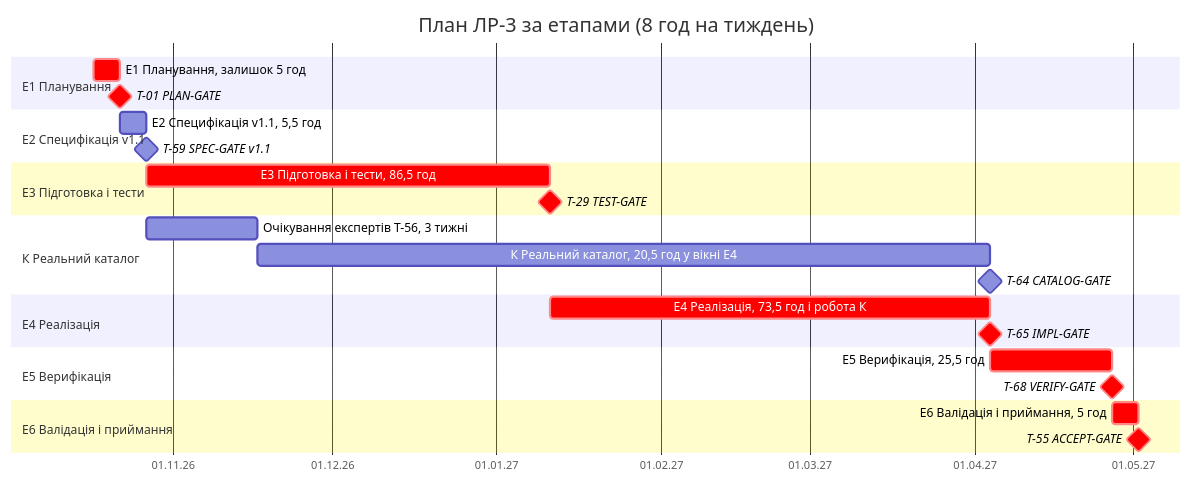
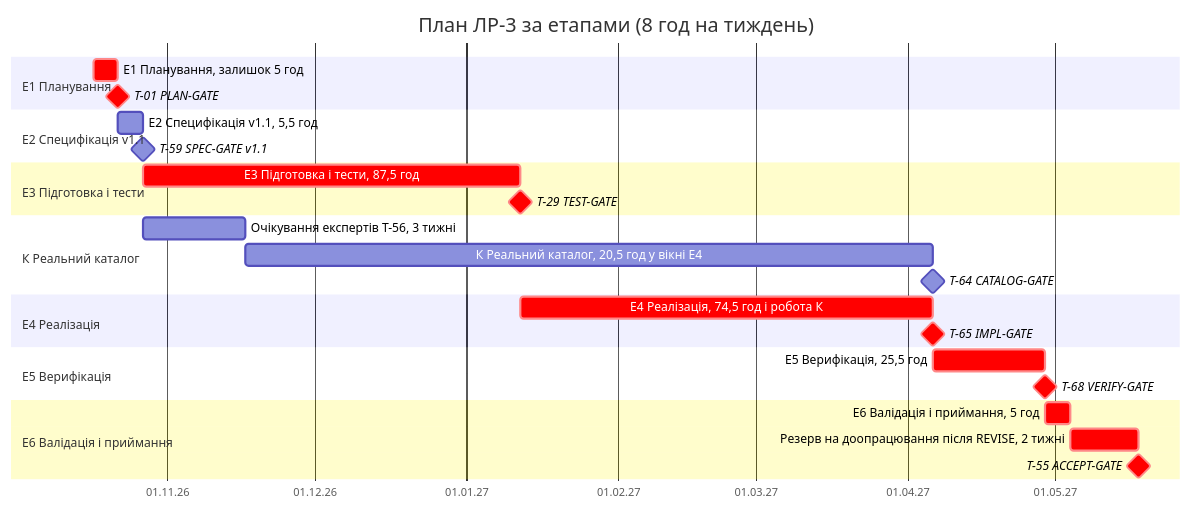
The diagram in docs/plan/plan.md (NIKKIN06/boxing-training-system), drawn with Mermaid before and after one commit. The commit also changed other lines of this file and 3 other files, not shown here.

````diff
--- a/docs/plan/plan.md
+++ b/docs/plan/plan.md
@@ -317,35 +332,36 @@
 ```mermaid
 gantt
     title План ЛР-3 за етапами (8 год на тиждень)
     dateFormat YYYY-MM-DD
     axisFormat %d.%m.%y
 
     section Е1 Планування
     Е1 Планування, залишок 5 год          :crit, e1, 2026-10-17, 5d
     T-01 PLAN-GATE                         :crit, milestone, m01, after e1, 0d
 
     section Е2 Специфікація v1.1
     Е2 Специфікація v1.1, 5,5 год          :e2, after m01, 5d
     T-59 SPEC-GATE v1.1                    :milestone, m59, after e2, 0d
 
     section Е3 Підготовка і тести
-    Е3 Підготовка і тести, 86,5 год        :crit, e3, after m01 m59, 76d
+    Е3 Підготовка і тести, 87,5 год        :crit, e3, after m01 m59, 77d
     T-29 TEST-GATE                         :crit, milestone, m29, after e3, 0d
 
     section К Реальний каталог
     Очікування експертів T-56, 3 тижні     :kw, after m01 m59, 21d
-    К Реальний каталог, 20,5 год у вікні Е4 :k, after kw, 138d
+    К Реальний каталог, 20,5 год у вікні Е4 :k, after kw, 140d
     T-64 CATALOG-GATE                      :milestone, m64, after k, 0d
 
     section Е4 Реалізація
-    Е4 Реалізація, 73,5 год і робота К     :crit, e4, after m29, 83d
+    Е4 Реалізація, 74,5 год і робота К     :crit, e4, after m29, 84d
     T-65 IMPL-GATE                         :crit, milestone, m65, after e4, 0d
 
     section Е5 Верифікація
     Е5 Верифікація, 25,5 год               :crit, e5, after m65 m64, 23d
     T-68 VERIFY-GATE                       :crit, milestone, m68, after e5, 0d
 
     section Е6 Валідація і приймання
     Е6 Валідація і приймання, 5 год        :crit, e6, after m68, 5d
-    T-55 ACCEPT-GATE                       :crit, milestone, m55, after e6, 0d
+    Резерв на доопрацювання після REVISE, 2 тижні :crit, rsv, after e6, 14d
+    T-55 ACCEPT-GATE                       :crit, milestone, m55, after rsv, 0d
 ```
````
